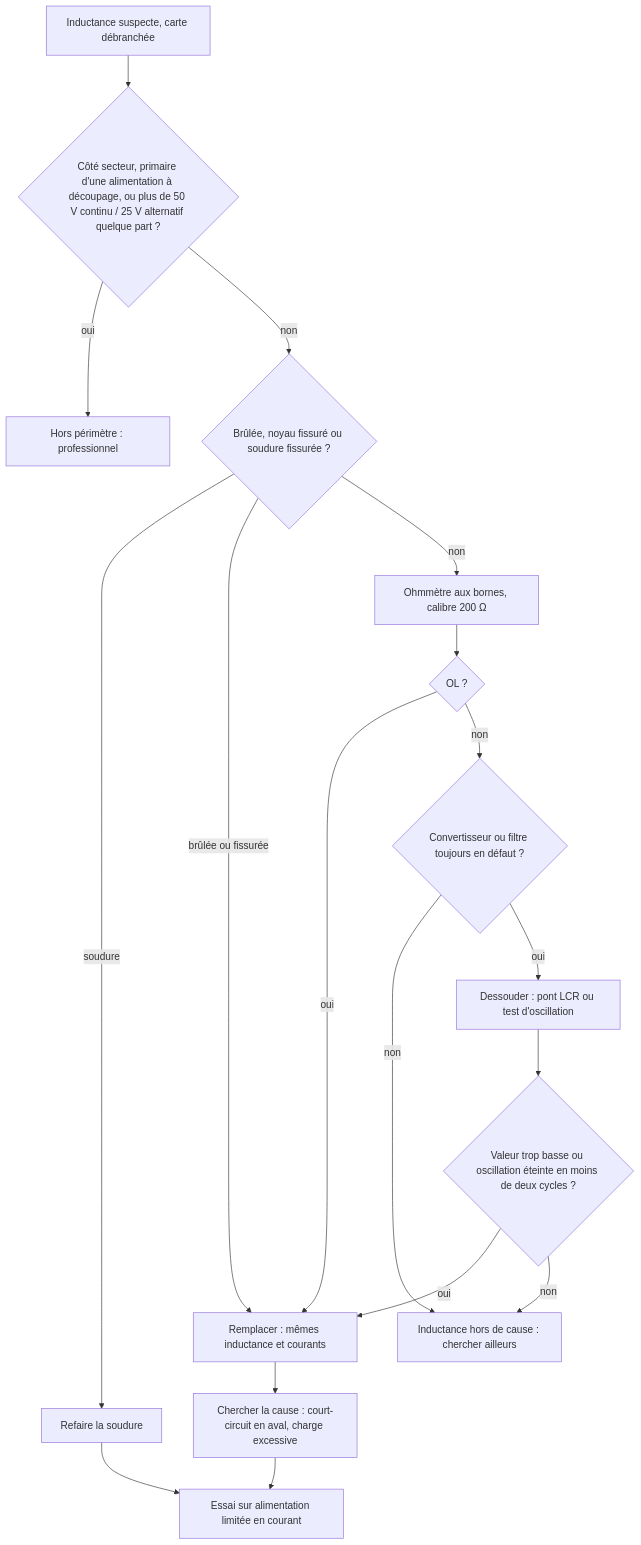
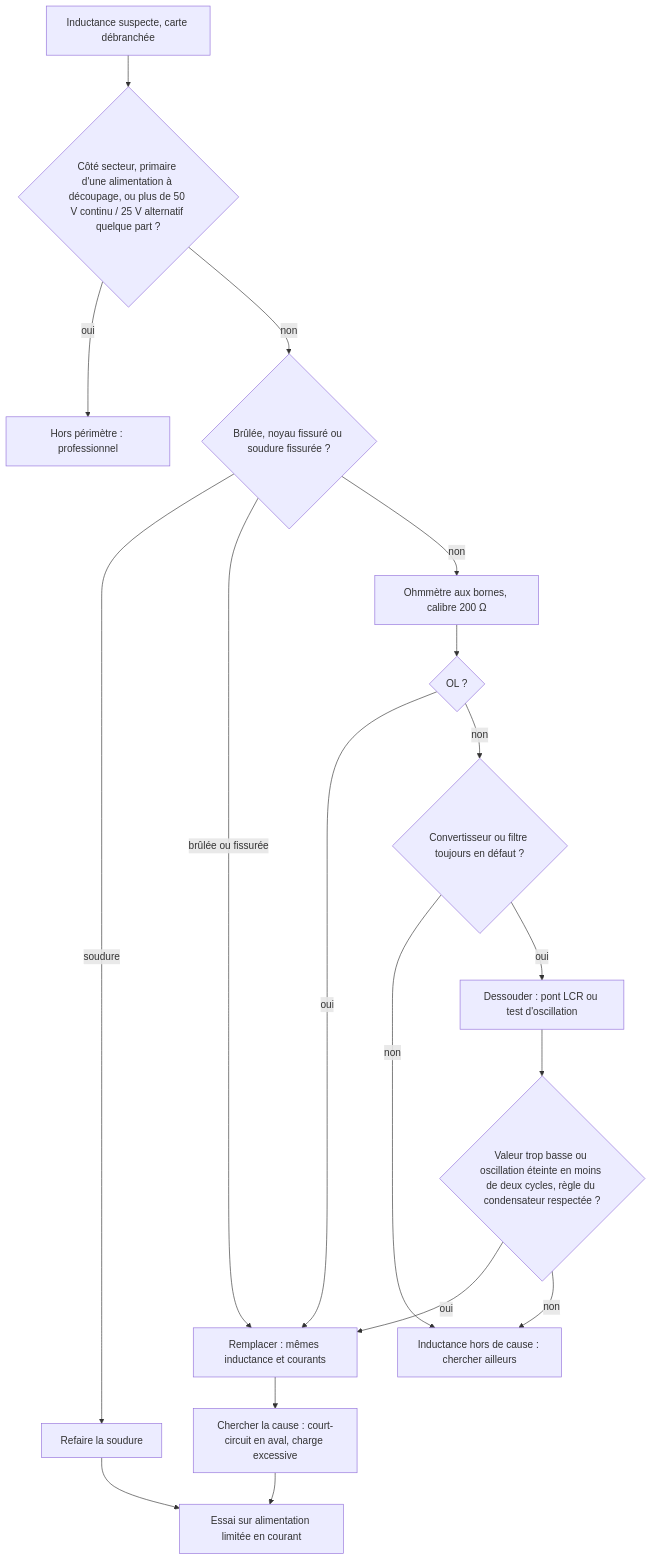
One commit to benoit-bremaud/ohm-sweet-ohm changed the diagram in troubleshooting/30_inductance/README.md. Above: the diagram before and after it, drawn with Mermaid. The commit also changed other lines of this file and 3 other files, not shown here.

````diff
--- a/troubleshooting/30_inductance/README.md
+++ b/troubleshooting/30_inductance/README.md
@@ -121,20 +121,20 @@
 ```mermaid
 flowchart TD
   A[Inductance suspecte, carte débranchée] --> B{Côté secteur, primaire d'une alimentation à découpage, ou plus de 50 V continu / 25 V alternatif quelque part ?}
   B -- oui --> C[Hors périmètre : professionnel]
   B -- non --> D{Brûlée, noyau fissuré ou soudure fissurée ?}
   D -- soudure --> E[Refaire la soudure]
   D -- brûlée ou fissurée --> R[Remplacer : mêmes inductance et courants]
   D -- non --> F[Ohmmètre aux bornes, calibre 200 Ω]
   F --> G{OL ?}
   G -- oui --> R
   G -- non --> H{Convertisseur ou filtre toujours en défaut ?}
   H -- non --> I[Inductance hors de cause : chercher ailleurs]
   H -- oui --> J[Dessouder : pont LCR ou test d'oscillation]
-  J --> K{Valeur trop basse ou oscillation éteinte en moins de deux cycles ?}
+  J --> K{Valeur trop basse ou oscillation éteinte en moins de deux cycles, règle du condensateur respectée ?}
   K -- oui --> R
   K -- non --> I
   R --> P[Chercher la cause : court-circuit en aval, charge excessive]
   E --> Q[Essai sur alimentation limitée en courant]
   P --> Q
 ```
````
